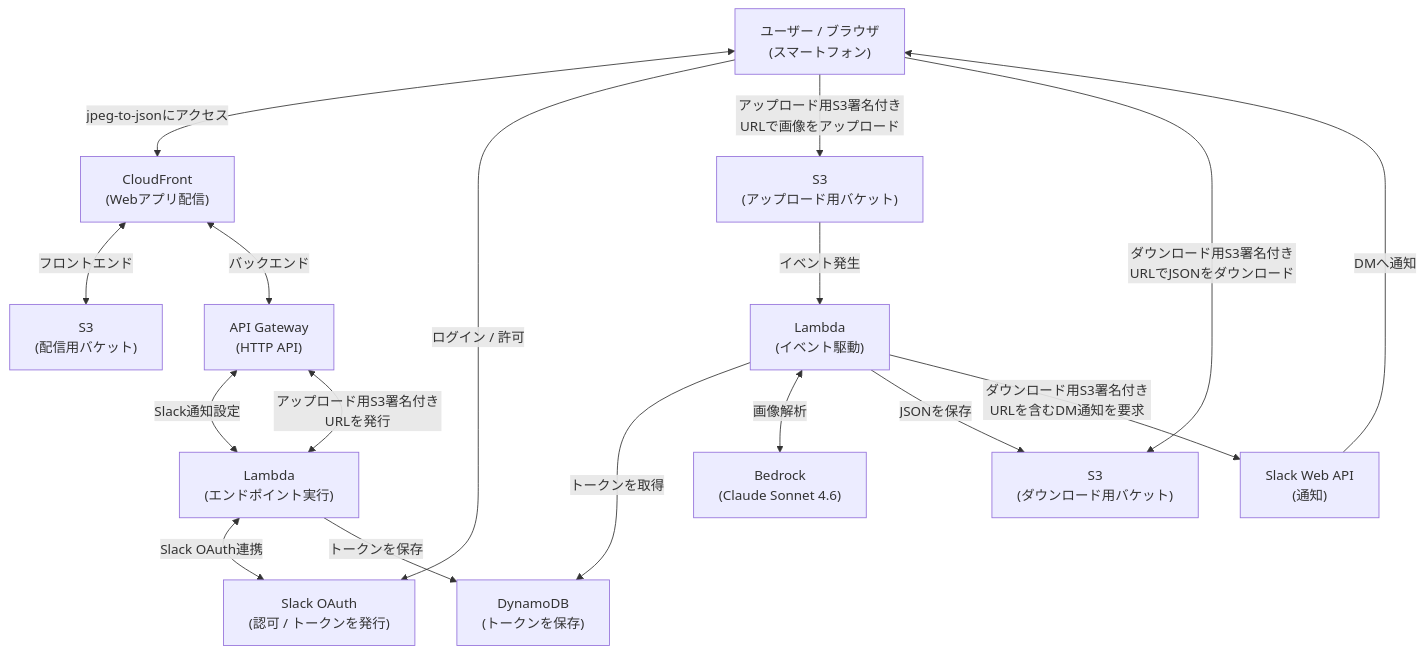
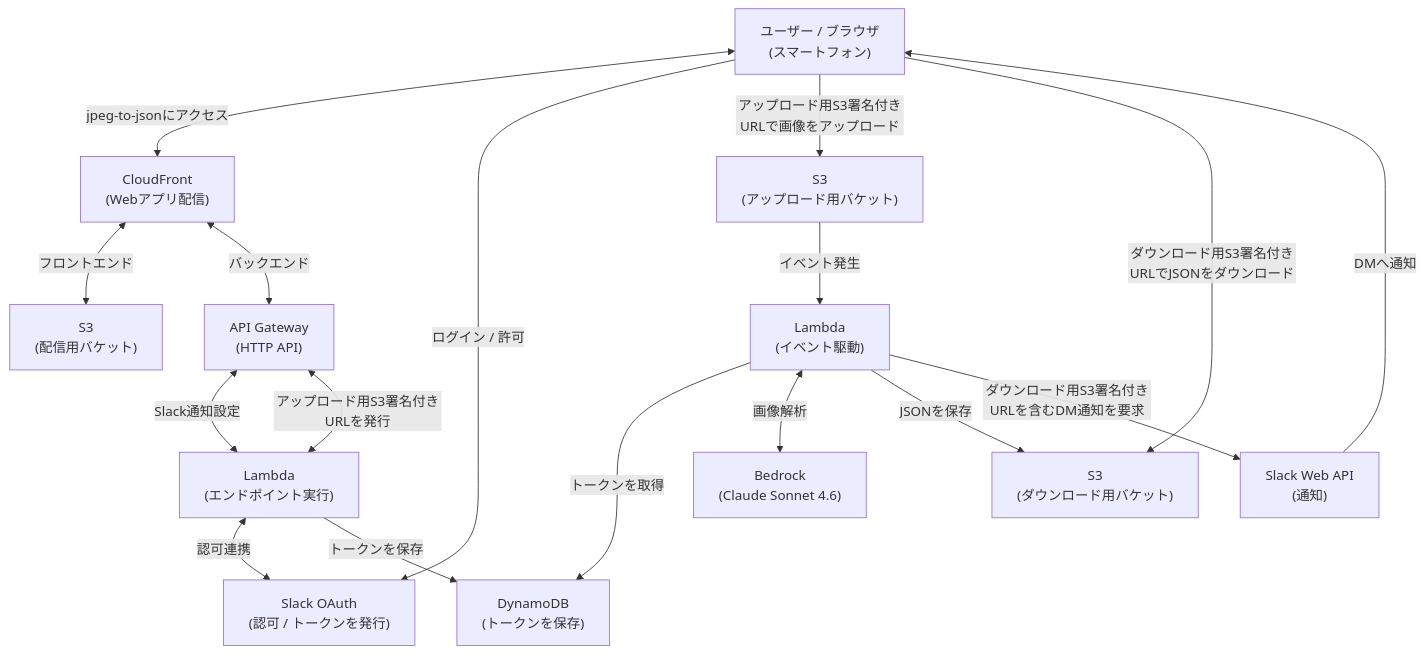
One commit to vinylhousegarage/jpeg-to-json changed the diagram in README.md. Above: the diagram before and after it, drawn with Mermaid.

Commit message:
docs(readme): clarify OAuth integration label

````diff
--- a/README.md
+++ b/README.md
@@ -14,37 +14,37 @@
 ```mermaid
 flowchart TD
   U["ユーザー / ブラウザ<br/>(スマートフォン)"]
 
   CF["CloudFront<br/>(Webアプリ配信)"]
   DB["DynamoDB<br/>(トークンを保存)"]
   AI["Bedrock<br/>(Claude Sonnet 4.6)"]
 
   FE["S3<br/>(配信用バケット)"]
   IN["S3<br/>(アップロード用バケット)"]
   OUT["S3<br/>(ダウンロード用バケット)"]
 
   API["API Gateway<br/>(HTTP API)"]
   APP["Lambda<br/>(エンドポイント実行)"]
   PROC["Lambda<br/>(イベント駆動)"]
 
   OAUTH["Slack OAuth<br/>(認可 / トークンを発行)"]
   WEBAPI["Slack Web API<br/>(通知)"]
 
   U <-->|jpeg-to-jsonにアクセス| CF
   CF <-->|"フロントエンド"| FE
   CF <-->|"バックエンド"| API
   U -->|"ログイン / 許可"| OAUTH
   API <-->|"Slack通知設定"| APP
   API <-->|"アップロード用S3署名付きURLを発行"| APP
-  APP <-->|"Slack OAuth連携"| OAUTH
+  APP <-->|"認可連携"| OAUTH
   APP -->|"トークンを保存"| DB
 
   U -->|"アップロード用S3署名付きURLで画像をアップロード"| IN
   IN -->|"イベント発生"| PROC
   PROC -->|"トークンを取得"| DB
   PROC <-->|"画像解析"| AI
   PROC -->|"JSONを保存"| OUT
   PROC -->|"ダウンロード用S3署名付きURLを含むDM通知を要求"| WEBAPI
   WEBAPI -->|"DMへ通知"| U
   U -->|"ダウンロード用S3署名付きURLでJSONをダウンロード"| OUT
 ```
````
